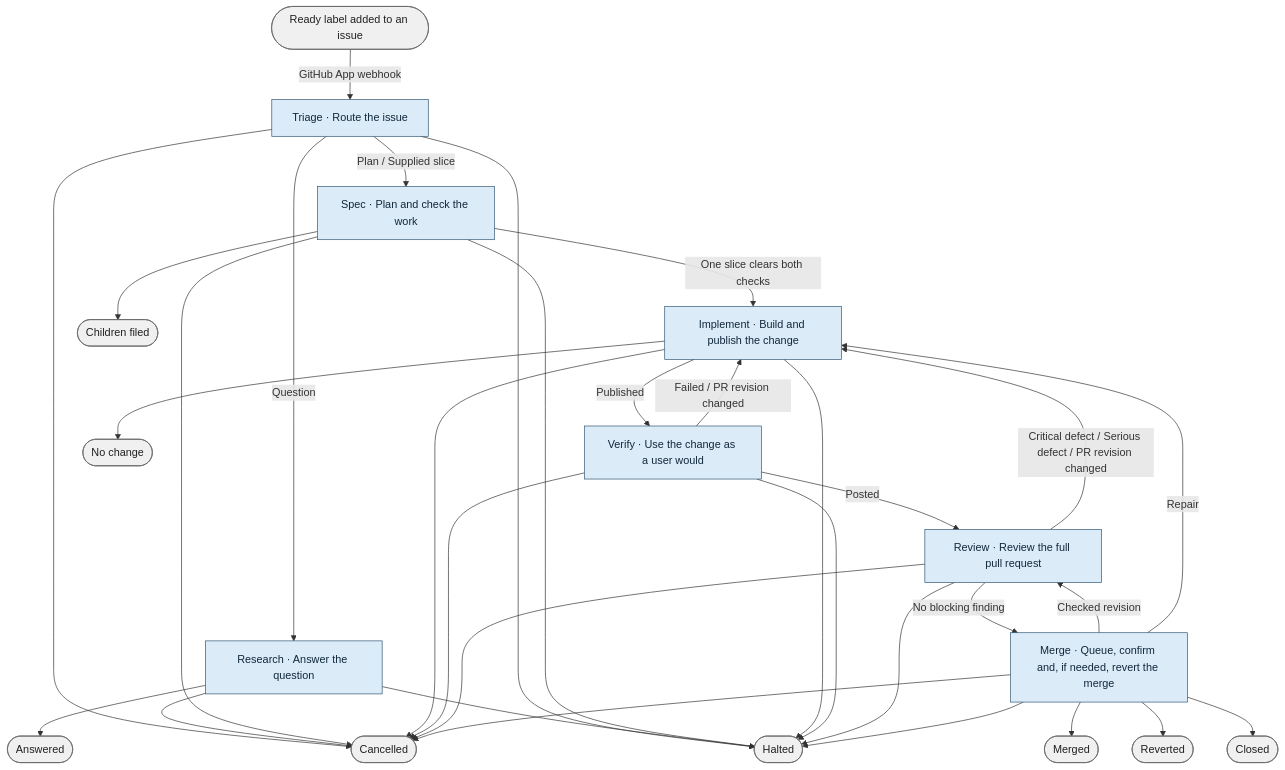
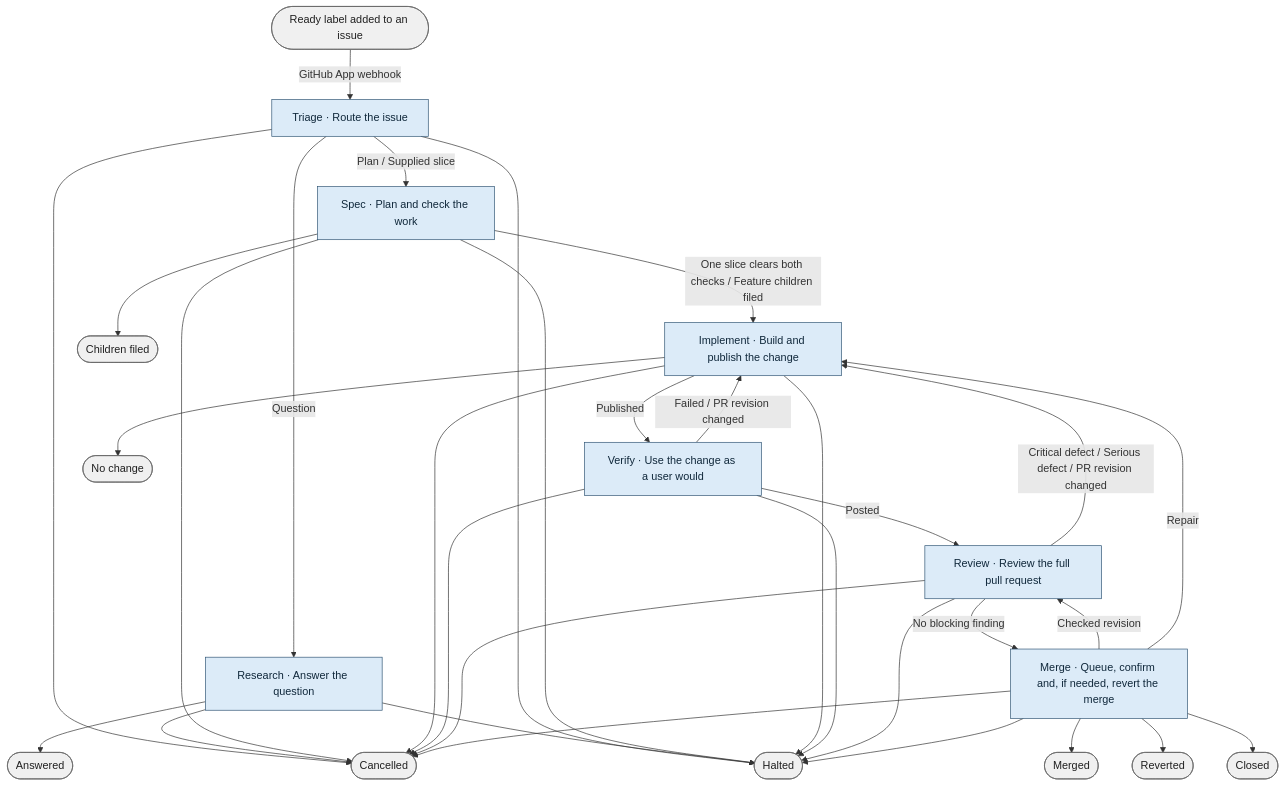
Before and after one commit to bookout-labs/tools: the diagram in docs/graph/blueprint/views/target.mmd, drawn with Mermaid. The commit also changed 38 other files, not shown here.

```diff
--- a/docs/graph/blueprint/views/target.mmd
+++ b/docs/graph/blueprint/views/target.mmd
@@ -1,53 +1,53 @@
 flowchart TD
     n0(["Ready label added to an issue"]):::terminal
     n1["Triage · Route the issue"]:::stage
     n2["Research · Answer the question"]:::stage
     n3["Spec · Plan and check the work"]:::stage
     n4["Implement · Build and publish the change"]:::stage
     n5["Verify · Use the change as a user would"]:::stage
     n6["Review · Review the full pull request"]:::stage
     n7["Merge · Queue, confirm and, if needed, revert the merge"]:::stage
     n8(["Cancelled"]):::terminal
     n9(["Halted"]):::terminal
     n10(["Answered"]):::terminal
     n11(["Children filed"]):::terminal
     n12(["No change"]):::terminal
     n13(["Merged"]):::terminal
     n14(["Reverted"]):::terminal
     n15(["Closed"]):::terminal
     n0 -->|"GitHub App webhook"| n1
     n1 -->|"Question"| n2
     n1 -->|"Plan / Supplied slice"| n3
     n1 --> n8
     n1 --> n9
     n2 --> n10
     n2 --> n8
     n2 --> n9
-    n3 -->|"One slice clears both checks"| n4
+    n3 -->|"One slice clears both checks / Feature children filed"| n4
     n3 --> n11
     n3 --> n8
     n3 --> n9
     n4 -->|"Published"| n5
     n4 --> n12
     n4 --> n8
     n4 --> n9
     n5 -->|"Posted"| n6
     n5 -->|"Failed / PR revision changed"| n4
     n5 --> n8
     n5 --> n9
     n6 -->|"Critical defect / Serious defect / PR revision changed"| n4
     n6 -->|"No blocking finding"| n7
     n6 --> n8
     n6 --> n9
     n7 --> n13
     n7 --> n14
     n7 --> n15
     n7 -->|"Checked revision"| n6
     n7 -->|"Repair"| n4
     n7 --> n8
     n7 --> n9
     classDef stage fill:#dcebf8,stroke:#315675,color:#10283b
     classDef step fill:#edf3f8,stroke:#597187,color:#132638
     classDef worker fill:#d7f0e8,stroke:#357369,color:#133c36
     classDef gate fill:#fff0c9,stroke:#89641f,color:#3f2b0b
     classDef terminal fill:#f0f0f0,stroke:#666666,color:#202020
```
